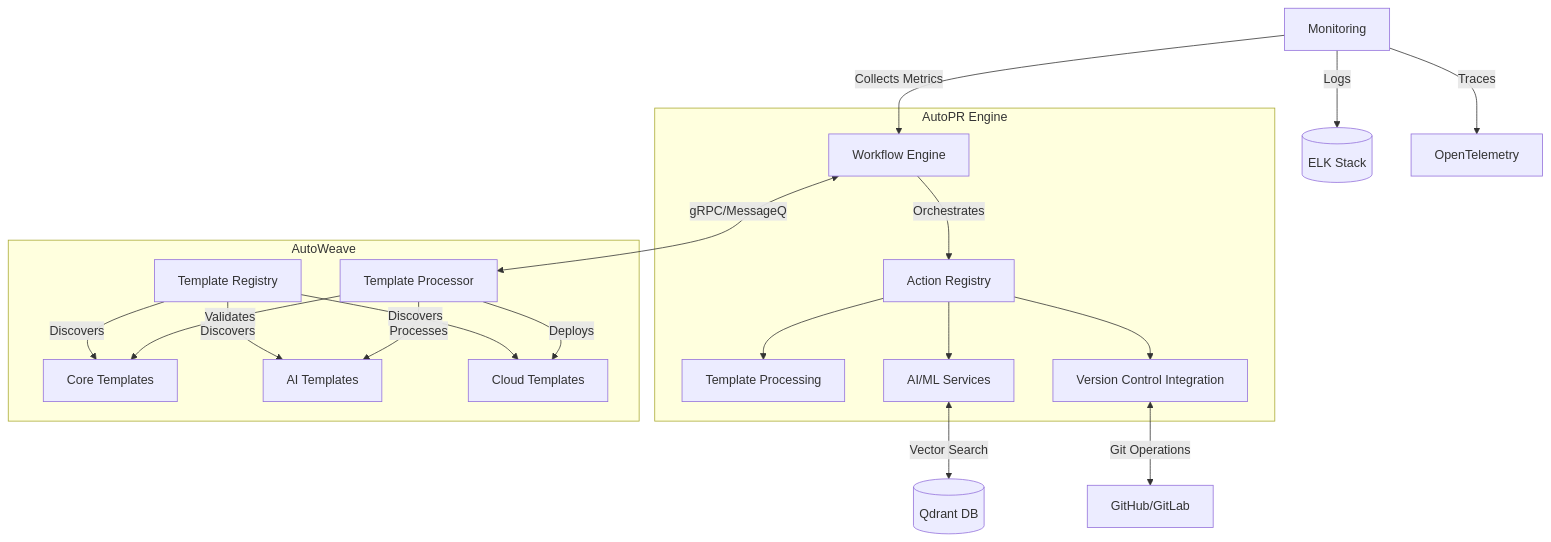
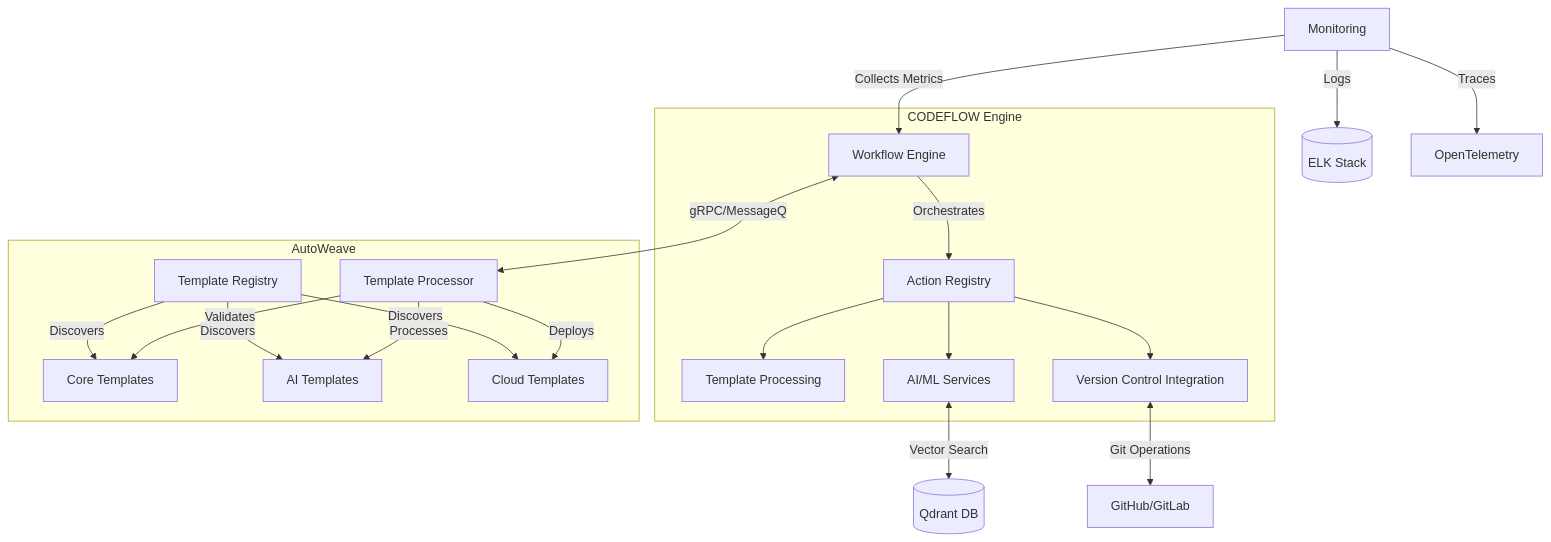
Before and after one commit to JustAGhosT/codeflow-engine: the first of 3 diagrams in docs/development/autopr_autoweave_integration.md, drawn with Mermaid. The commit also changed other lines of this file and 421 other files, not shown here.

````diff
--- a/docs/development/autopr_autoweave_integration.md
+++ b/docs/development/autopr_autoweave_integration.md
@@ -36,25 +36,25 @@
 ```mermaid
 graph TD
-    subgraph AutoPR Engine
+    subgraph CODEFLOW Engine
         A[Workflow Engine] -->|Orchestrates| B[Action Registry]
         B --> C[Template Processing]
         B --> D[AI/ML Services]
         B --> E[Version Control Integration]
     end
     subgraph AutoWeave
         F[Template Registry] -->|Discovers| G[Core Templates]
         F -->|Discovers| H[AI Templates]
         F -->|Discovers| I[Cloud Templates]
         J[Template Processor] -->|Validates| G
         J -->|Processes| H
         J -->|Deploys| I
     end
 
     A <-->|gRPC/MessageQ| J
     D <-->|Vector Search| K[(Qdrant DB)]
     E <-->|Git Operations| L[GitHub/GitLab]
 
     M[Monitoring] -->|Collects Metrics| A
     M -->|Logs| N[(ELK Stack)]
     M -->|Traces| O[OpenTelemetry]
 ```
````
